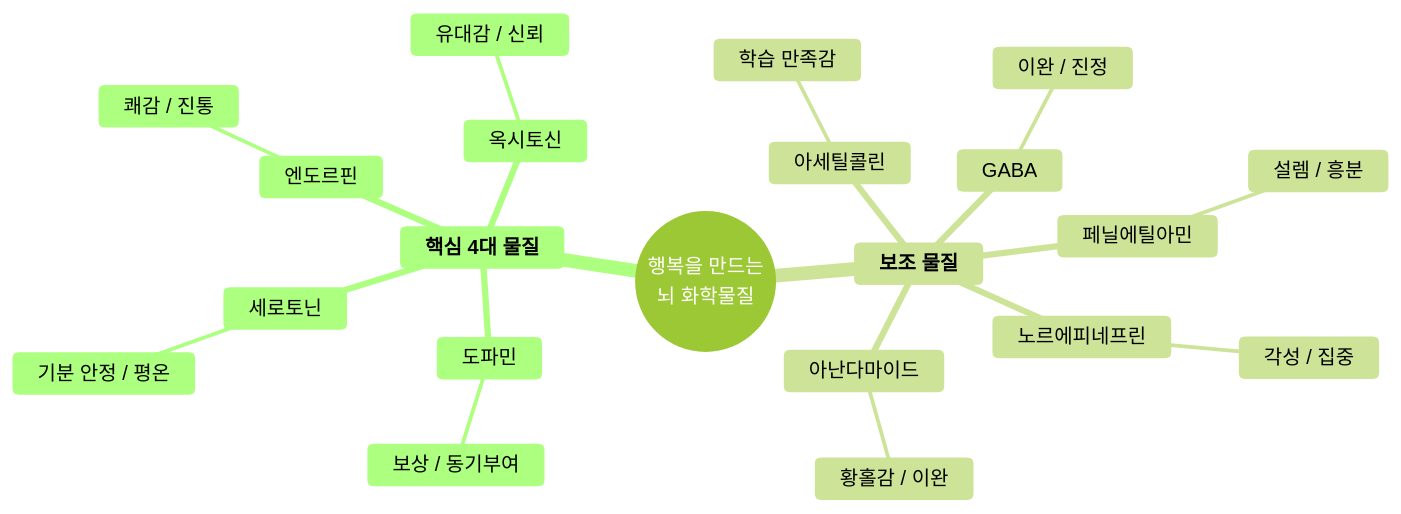
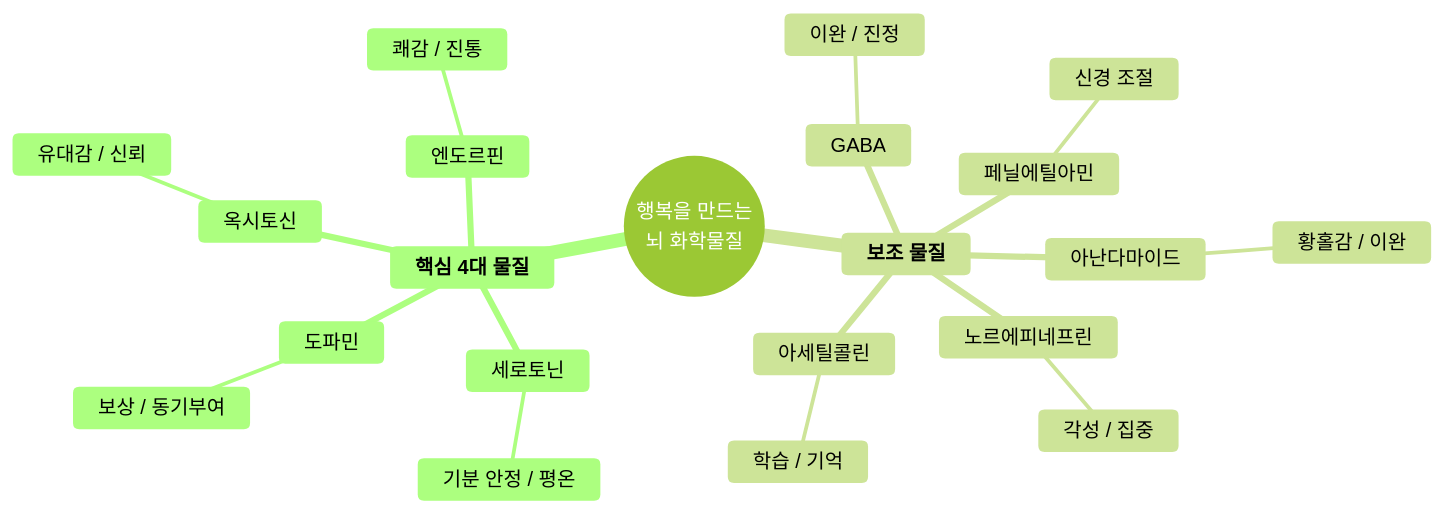
One commit to dss99911/dss99911.github.io changed the first of 9 diagrams in _posts/knowledge/health/2026-03-21-happiness-hormones-daily-routine.md. Above: the diagram before and after it, drawn with Mermaid (forest theme). The commit also changed other lines of this file and 115 other files, not shown here.

````diff
--- a/_posts/knowledge/health/2026-03-21-happiness-hormones-daily-routine.md
+++ b/_posts/knowledge/health/2026-03-21-happiness-hormones-daily-routine.md
@@ -17,24 +17,24 @@
 ```mermaid
 mindmap
   root(("행복을 만드는<br/>뇌 화학물질"))
     **핵심 4대 물질**
       도파민
         보상 / 동기부여
       세로토닌
         기분 안정 / 평온
       옥시토신
         유대감 / 신뢰
       엔도르핀
         쾌감 / 진통
     **보조 물질**
       GABA
         이완 / 진정
       노르에피네프린
         각성 / 집중
       아난다마이드
         황홀감 / 이완
       페닐에틸아민
-        설렘 / 흥분
+        신경 조절
       아세틸콜린
-        학습 만족감
+        학습 / 기억
 ```
````
